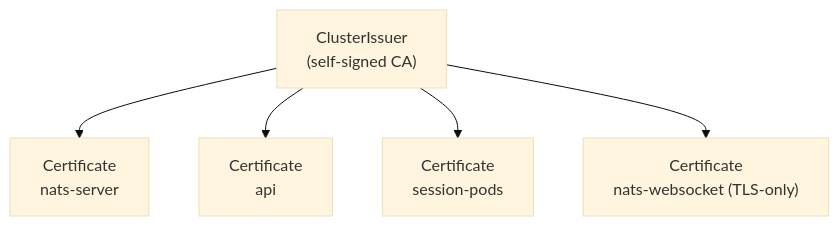
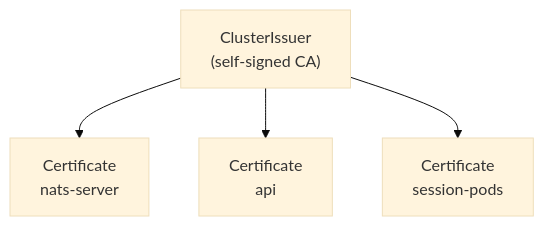
The diagram in docs/src/content/docs/configuration/nats-mtls.md (x1agent/x1agent), drawn with Mermaid (base theme) before and after one commit. The commit also changed other lines of this file and 3 other files, not shown here.

````diff
--- a/docs/src/content/docs/configuration/nats-mtls.md
+++ b/docs/src/content/docs/configuration/nats-mtls.md
@@ -29,13 +29,11 @@
 ```mermaid
 graph TB
     ca["ClusterIssuer<br/>(self-signed CA)"]
     nats_cert["Certificate<br/>nats-server"]
     api_cert["Certificate<br/>api"]
     sidecar_cert["Certificate<br/>session-pods"]
-    ws_cert["Certificate<br/>nats-websocket (TLS-only)"]
 
     ca --> nats_cert
     ca --> api_cert
     ca --> sidecar_cert
-    ca --> ws_cert
 ```
````
